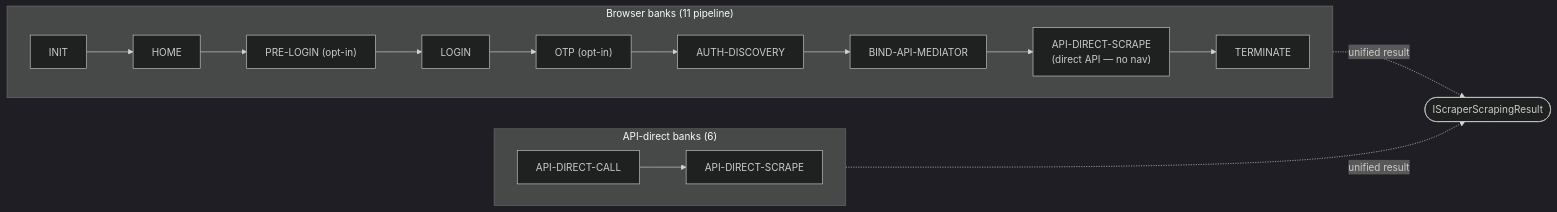
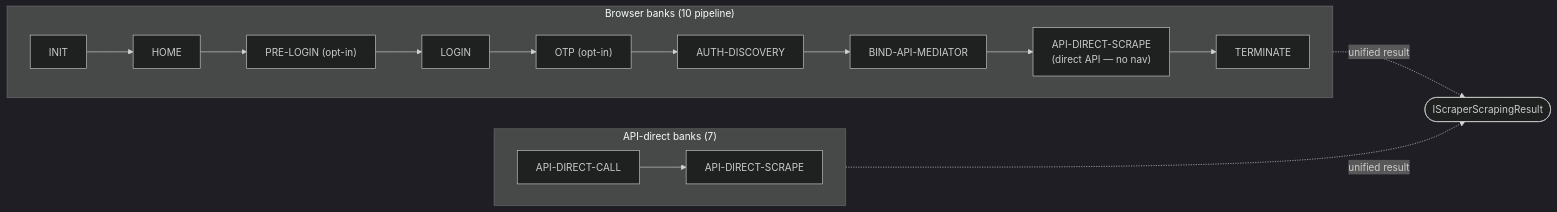
The diagram in docs/index.md (sergienko4/israeli-bank-scrapers), drawn with Mermaid (dark theme) before and after one commit. The commit also changed other lines of this file and 79 other files, not shown here.

````diff
--- a/docs/index.md
+++ b/docs/index.md
@@ -37,18 +37,18 @@
 ```mermaid
 flowchart LR
-    subgraph BB["Browser banks (11 pipeline)"]
+    subgraph BB["Browser banks (10 pipeline)"]
       direction LR
       INIT --> HOME --> PRELOGIN["PRE-LOGIN (opt-in)"]
       PRELOGIN --> LOGIN --> OTP["OTP (opt-in)"]
       OTP --> AUTH["AUTH-DISCOVERY"] --> BIND["BIND-API-MEDIATOR"]
       BIND --> SCRAPE["API-DIRECT-SCRAPE<br/>(direct API — no nav)"] --> TERM["TERMINATE"]
     end
 
-    subgraph API["API-direct banks (6)"]
+    subgraph API["API-direct banks (7)"]
       direction LR
       CALL["API-DIRECT-CALL"] --> SCR["API-DIRECT-SCRAPE"]
     end
 
     BB -.->|"unified result"| RESULT(["IScraperScrapingResult"])
     API -.->|"unified result"| RESULT
 ```
````
